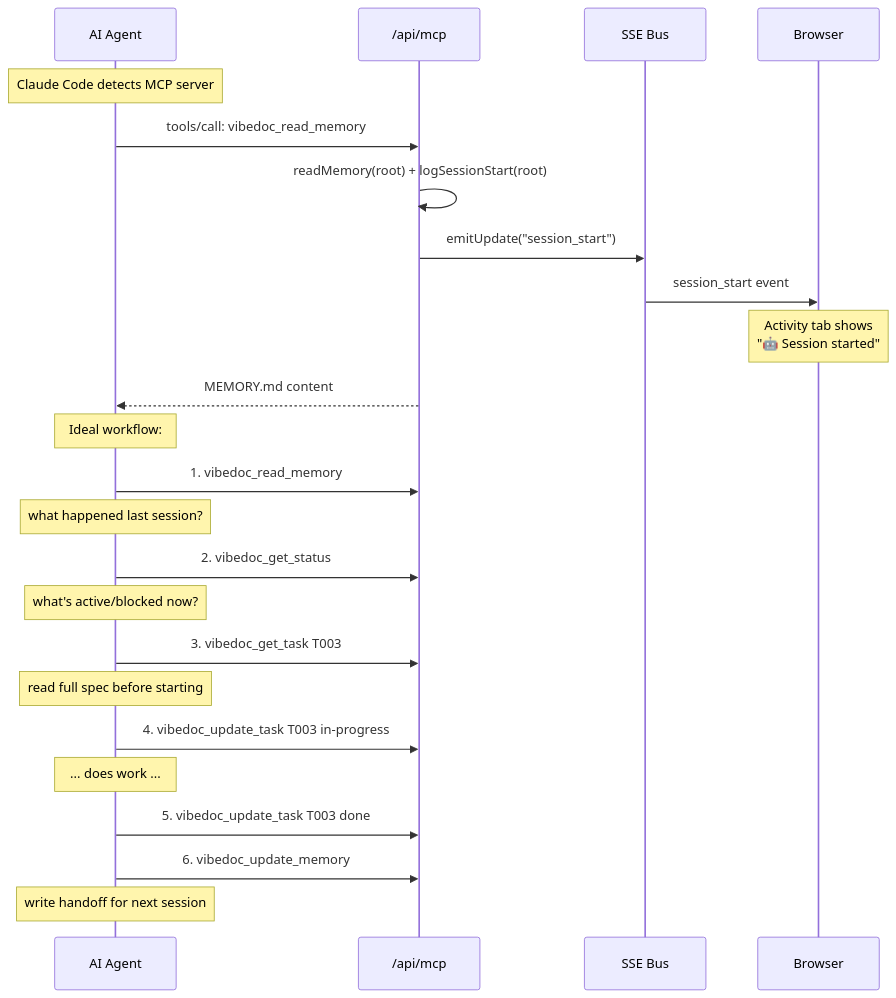
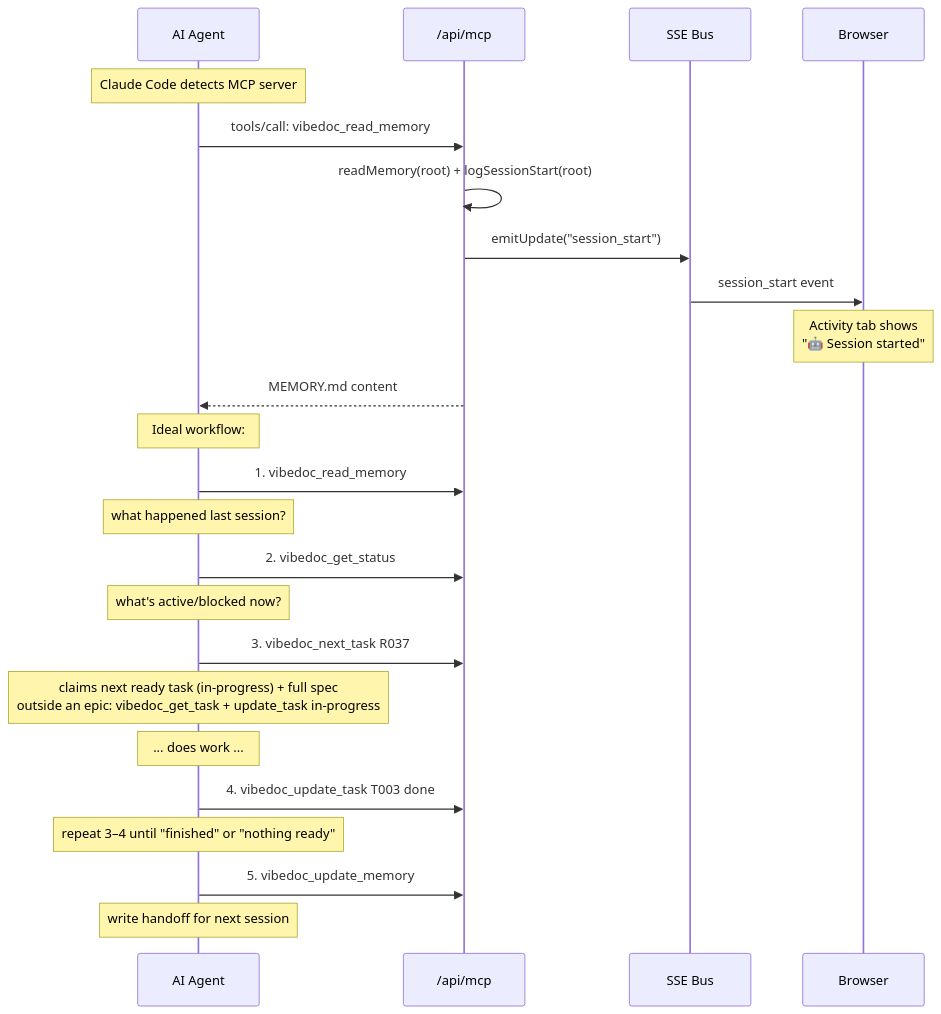
The third of 3 diagrams in docs/architecture/02-high-level-design/HLD.md (quanghoangf/vibedoc), drawn with Mermaid before and after one commit. The commit also changed other lines of this file and 11 other files, not shown here.

First line of the commit message:
feat(mcp): add vibedoc_next_task work queue and epic task list in roadmap

````diff
--- a/docs/architecture/02-high-level-design/HLD.md
+++ b/docs/architecture/02-high-level-design/HLD.md
@@ -50,29 +50,29 @@
 ```mermaid
 sequenceDiagram
     participant AI as AI Agent
     participant MCP as /api/mcp
     participant SSE as SSE Bus
     participant Browser
 
     Note over AI: Claude Code detects MCP server
 
     AI->>MCP: tools/call: vibedoc_read_memory
     MCP->>MCP: readMemory(root) + logSessionStart(root)
     MCP->>SSE: emitUpdate("session_start")
     SSE->>Browser: session_start event
     Note over Browser: Activity tab shows<br/>"🤖 Session started"
     MCP-->>AI: MEMORY.md content
 
     Note over AI: Ideal workflow:
     AI->>MCP: 1. vibedoc_read_memory
     Note over AI: what happened last session?
     AI->>MCP: 2. vibedoc_get_status
     Note over AI: what's active/blocked now?
-    AI->>MCP: 3. vibedoc_get_task T003
-    Note over AI: read full spec before starting
-    AI->>MCP: 4. vibedoc_update_task T003 in-progress
+    AI->>MCP: 3. vibedoc_next_task R037
+    Note over AI: claims next ready task (in-progress) + full spec<br/>outside an epic: vibedoc_get_task + update_task in-progress
     Note over AI: ... does work ...
-    AI->>MCP: 5. vibedoc_update_task T003 done
-    AI->>MCP: 6. vibedoc_update_memory
+    AI->>MCP: 4. vibedoc_update_task T003 done
+    Note over AI: repeat 3–4 until "finished" or "nothing ready"
+    AI->>MCP: 5. vibedoc_update_memory
     Note over AI: write handoff for next session
 ```
````
